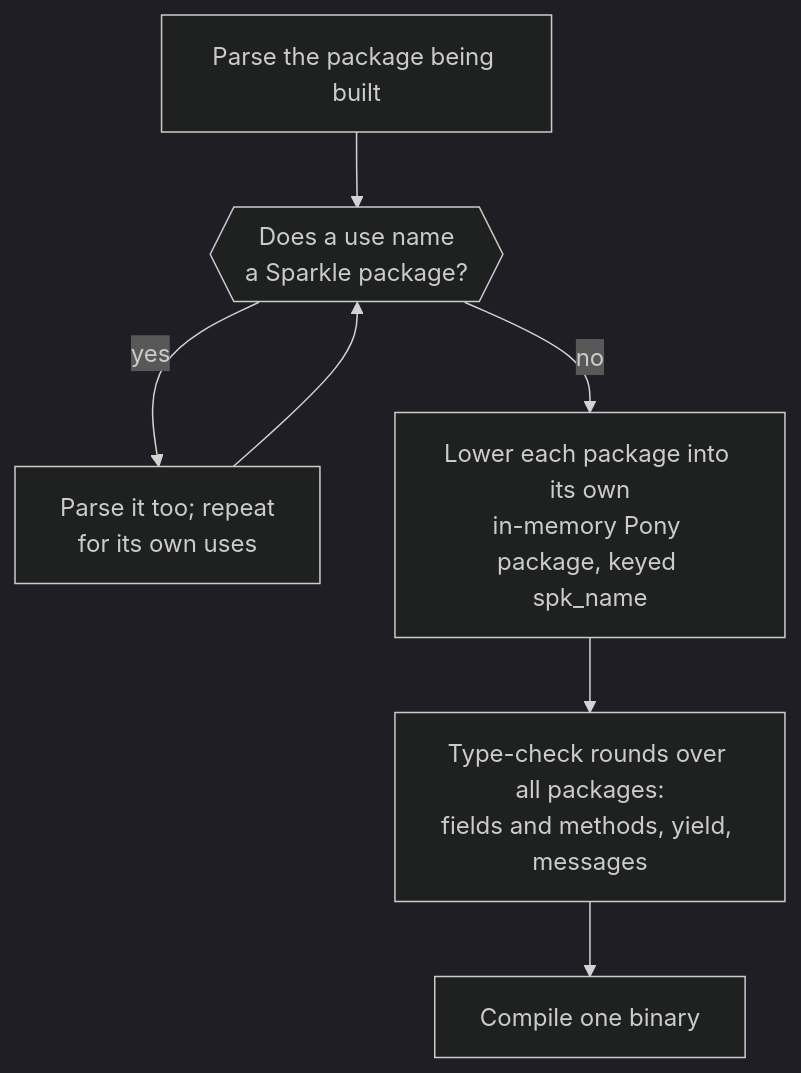
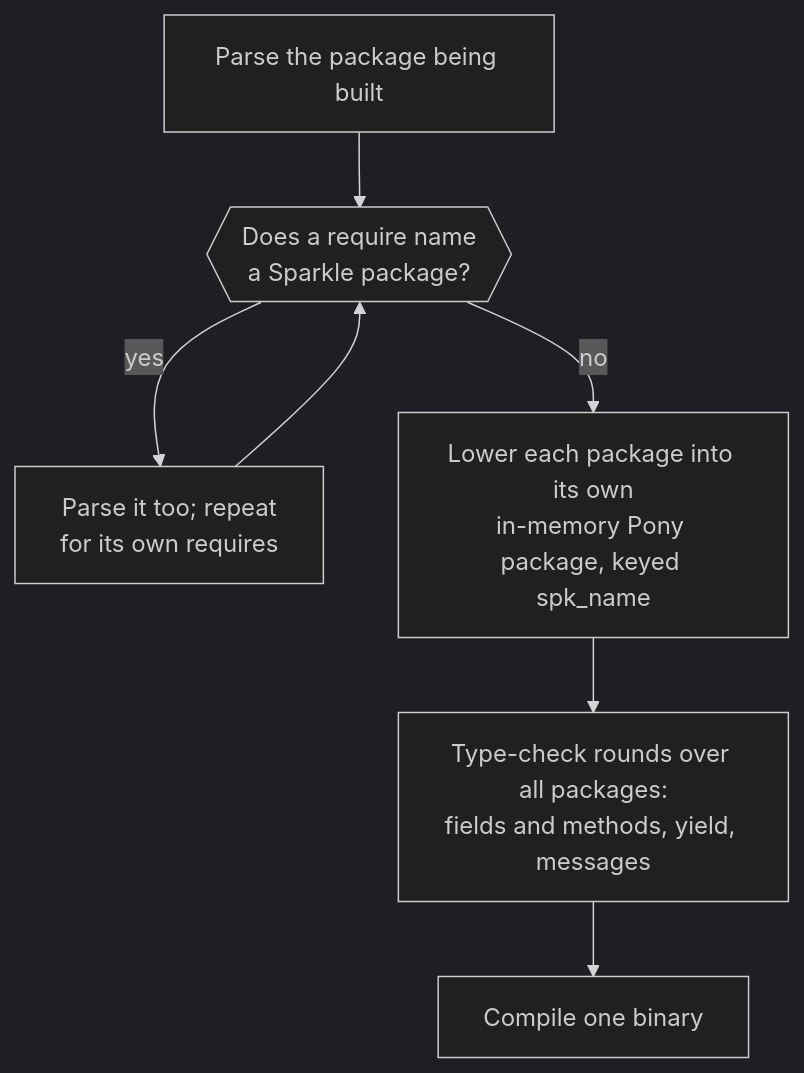
Before and after one commit to nogginly/sparkle: the diagram in docs/packages-design.md, drawn with Mermaid (dark theme). The commit also changed other lines of this file and 1 other file, not shown here.

First line of the commit message:
Record the package decisions: require, a prelude, spk_ reserved

````diff
--- a/docs/packages-design.md
+++ b/docs/packages-design.md
@@ -32,9 +33,9 @@
 ```mermaid
 flowchart TD
-    A["Parse the package being built"] --> B{{"Does a use name<br/>a Sparkle package?"}}
-    B -- yes --> C["Parse it too; repeat<br/>for its own uses"]
+    A["Parse the package being built"] --> B{{"Does a require name<br/>a Sparkle package?"}}
+    B -- yes --> C["Parse it too; repeat<br/>for its own requires"]
     C --> B
     B -- no --> D["Lower each package into its own<br/>in-memory Pony package, keyed spk_name"]
     D --> E["Type-check rounds over all packages:<br/>fields and methods, yield, messages"]
     E --> F["Compile one binary"]
 ```
````
